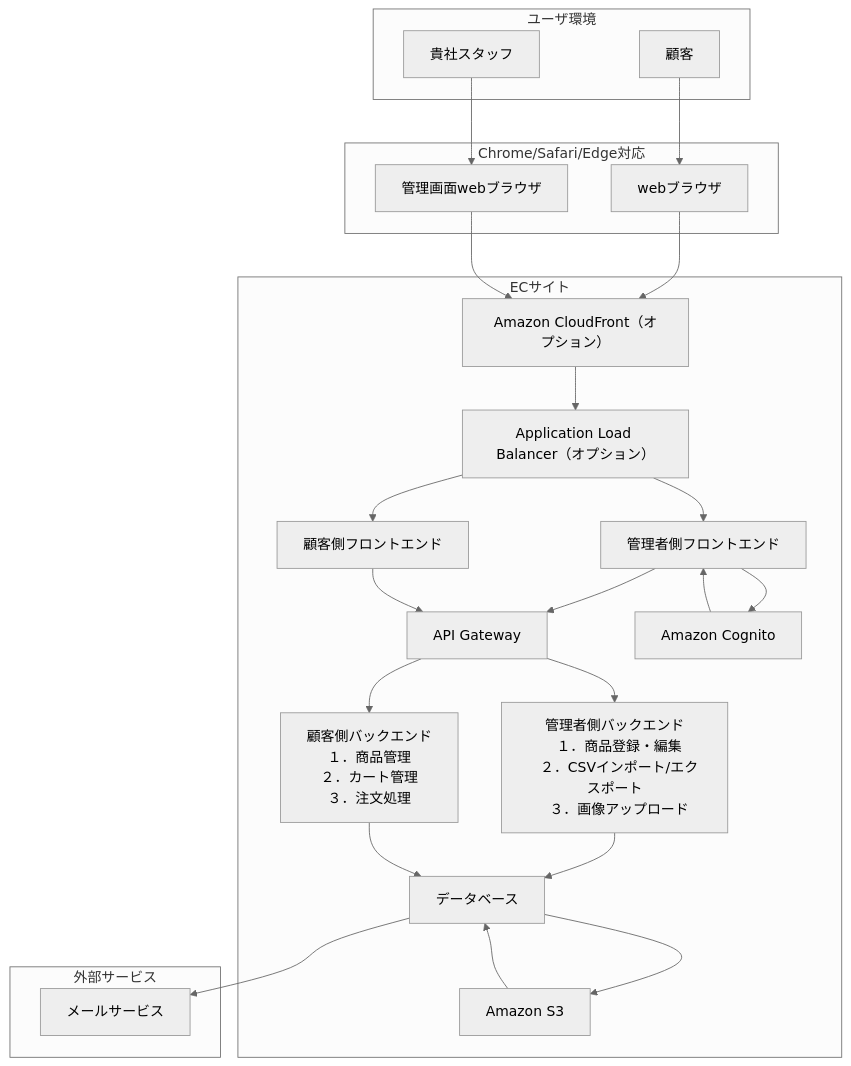
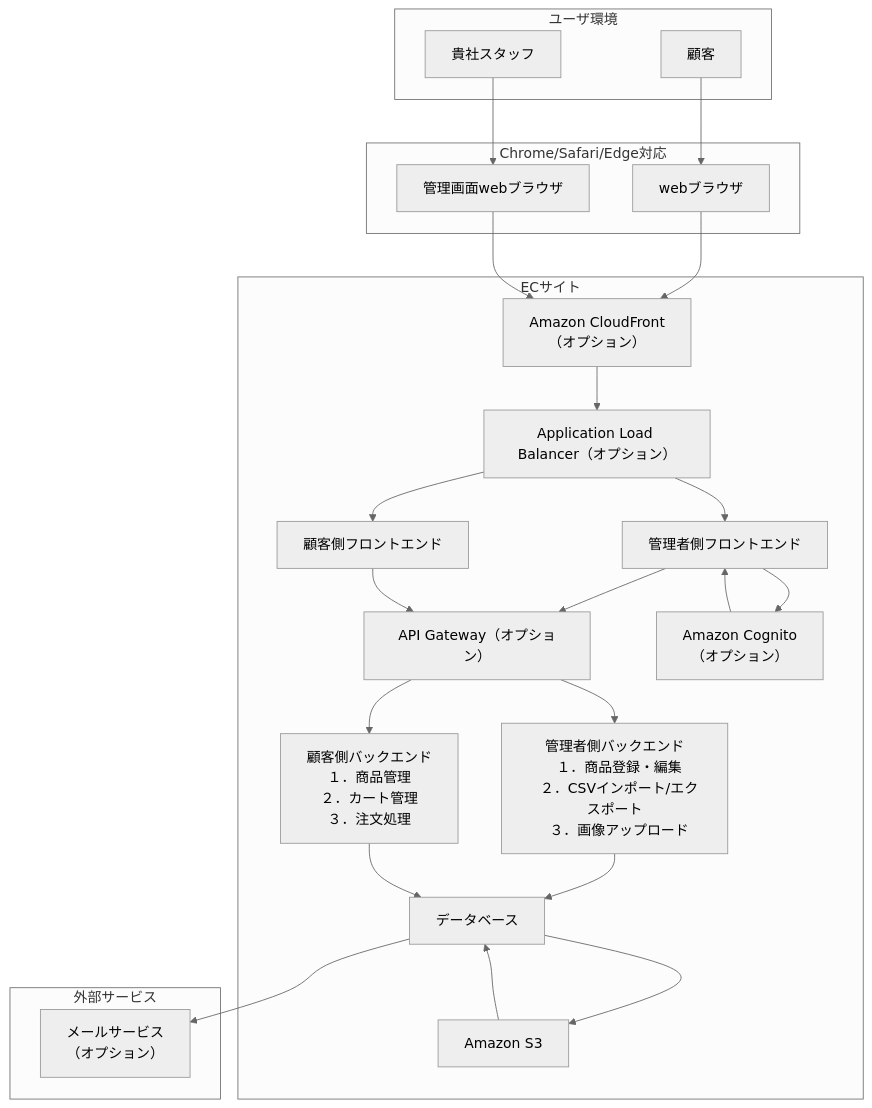
The first of 7 diagrams in 基本設計/提出用/基本設計書.md (Aoi-Yaegashi/teamF), drawn with Mermaid (neutral theme) before and after one commit.

Commit message:
2章システムオプション化

````diff
--- a/基本設計/提出用/基本設計書.md
+++ b/基本設計/提出用/基本設計書.md
@@ -77,56 +77,59 @@
 ```mermaid
 graph TD
 
 A --> C
 B --> D
 C --> E
 D --> E
 E --> F
 F --> G
 F --> M
 M --> I
 M --> H
 H --> M
 G --> I
 I --> J
 I --> O
 O --> K
 J --> K
 K --> L
 L --> K
 K --> N
 
 
 subgraph ユーザ環境
   A[顧客]
   B[貴社スタッフ]
 end
 
 subgraph Chrome/Safari/Edge対応
   C[webブラウザ]
   D[管理画面webブラウザ]
 end
 
 subgraph ECサイト
-  E[Amazon CloudFront（オプション）]
+  E[Amazon CloudFront
+  （オプション）]
   F[Application Load Balancer（オプション）]
   G[顧客側フロントエンド]
-  H[Amazon Cognito]
-  I[API Gateway]
+  H[Amazon Cognito
+  （オプション）]
+  I[API Gateway（オプション）]
   J[顧客側バックエンド
   １．商品管理
   ２．カート管理
   ３．注文処理]
   K[データベース]
   L[Amazon S3]
   M[管理者側フロントエンド]
   O[管理者側バックエンド
   １．商品登録・編集
   ２．CSVインポート/エクスポート
   ３．画像アップロード]
 end
 
 subgraph 外部サービス
-N[メールサービス]
+N[メールサービス
+（オプション）]
 end
 ```
````
